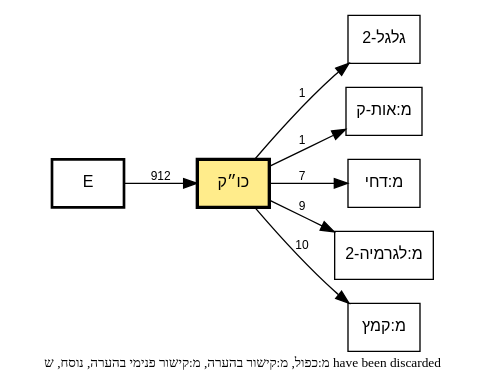
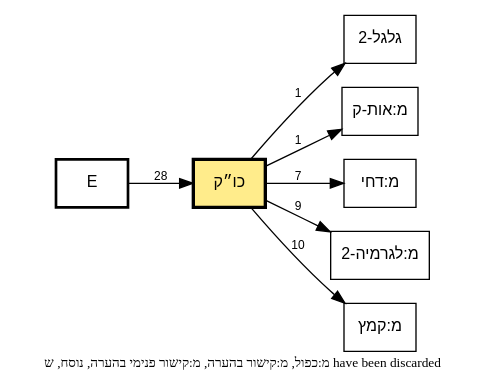
One commit to bdenckla/MAM-basics changed the diagram in out/tmpl-survey-plain/plain-kvq-call-graph.dot. Above: the diagram before and after it, drawn with Graphviz. The commit also changed 13 other files, not shown here.

```diff
--- a/out/tmpl-survey-plain/plain-kvq-call-graph.dot
+++ b/out/tmpl-survey-plain/plain-kvq-call-graph.dot
@@ -1,27 +1,27 @@
 // This file was generated by MAM-basics/py/main_tmpl_survey.py.
 // Do not edit by hand.
 digraph template_call_graph {
     rankdir=LR;
     node [fontname="SBL Hebrew,Helvetica", fontsize=12];
     edge [fontname="Helvetica", fontsize=9];
     graph [comment="This file was generated by MAM-basics/py/main_tmpl_survey.py."];
 
     // Column nodes
     node [shape=box, style=bold];
     "E";
 
     // Template nodes
     node [shape=box, style=""];
     "כו״ק" [fillcolor="lightgoldenrod1", style="filled", penwidth=2.5];
 
     // Note
     graph [label="מ:כפול, מ:קישור בהערה, מ:קישור פנימי בהערה, נוסח, ש have been discarded", labelloc=b, fontsize=10];
 
     // Edges
-    "E" -> "כו״ק" [label="912"];
+    "E" -> "כו״ק" [label="28"];
     "כו״ק" -> "גלגל-2" [label="1"];
     "כו״ק" -> "מ:אות-ק" [label="1"];
     "כו״ק" -> "מ:דחי" [label="7"];
     "כו״ק" -> "מ:לגרמיה-2" [label="9"];
     "כו״ק" -> "מ:קמץ" [label="10"];
 }
```
